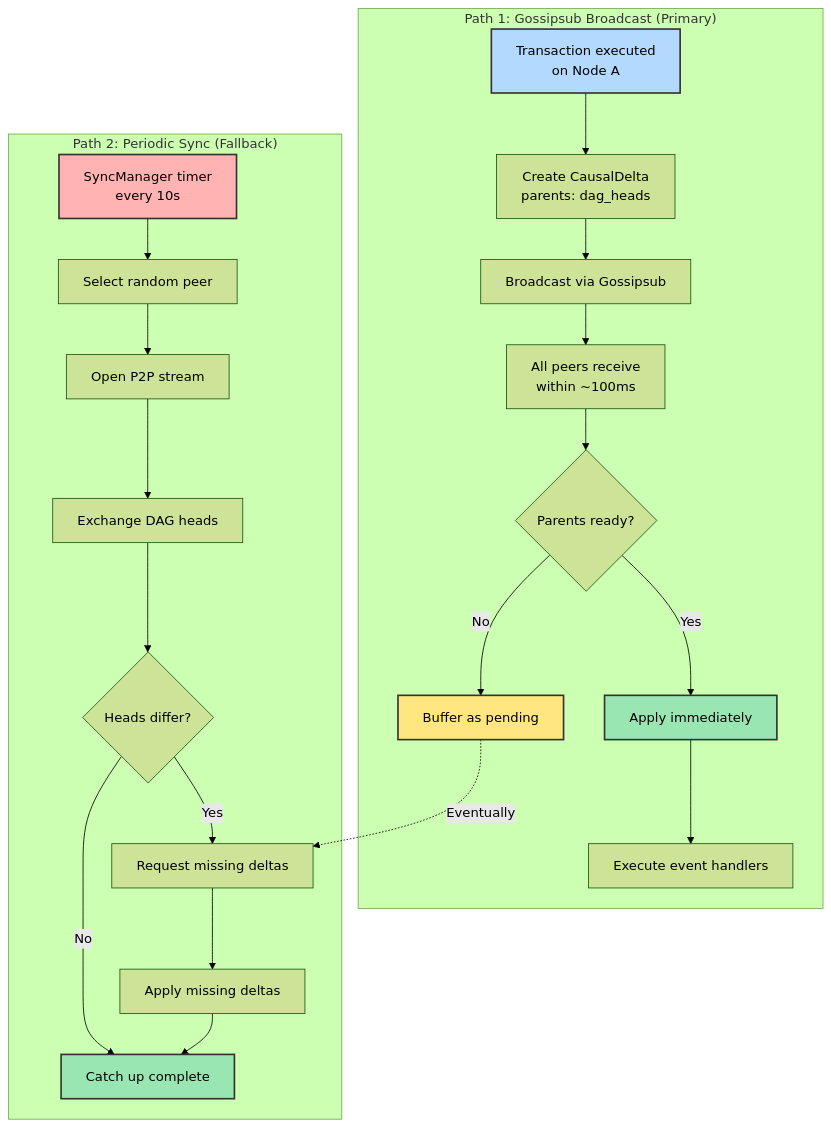
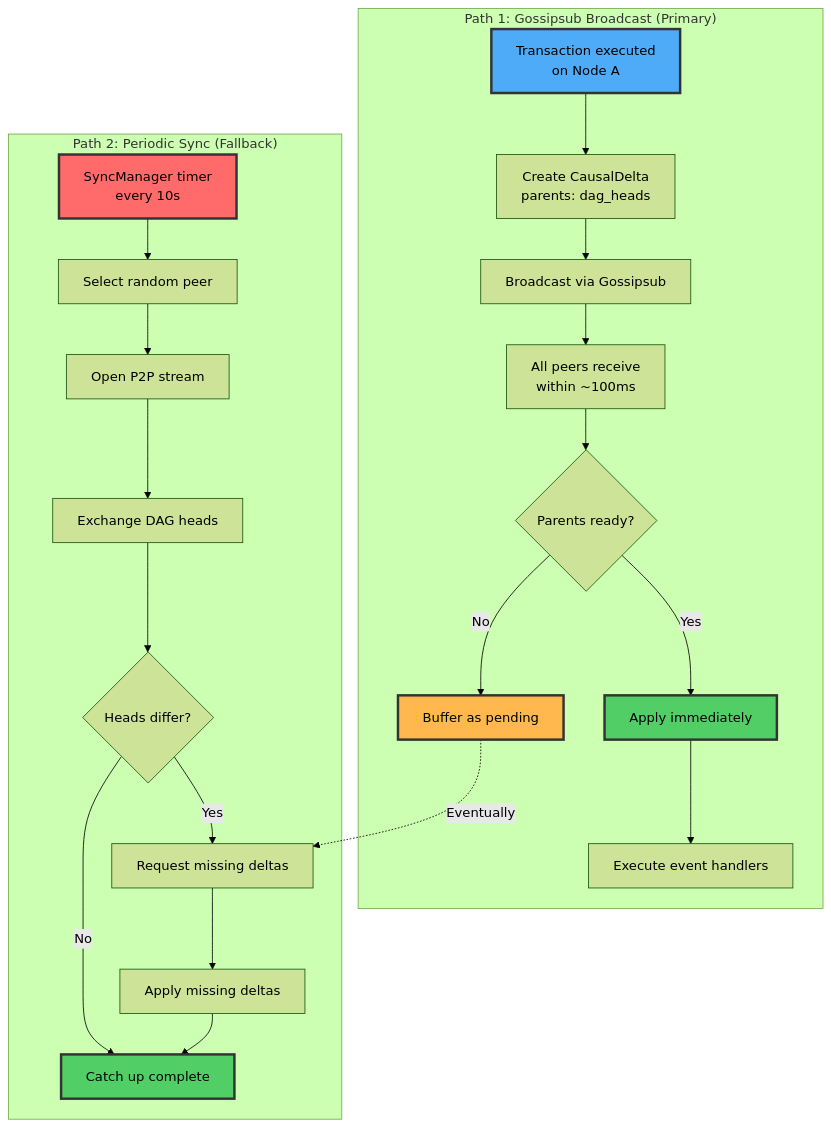
One commit to calimero-network/core changed the first of 5 diagrams in crates/node/README.md. Above: the diagram before and after it, drawn with Mermaid (forest theme). The commit also changed other lines of this file and 3 other files, not shown here.

First line of the commit message:
docs: improve mermaid diagram accessibility with high-contrast colors

````diff
--- a/crates/node/README.md
+++ b/crates/node/README.md
@@ -49,40 +49,40 @@
 ```mermaid
 flowchart TB
     subgraph "Path 1: Gossipsub Broadcast (Primary)"
         G1[Transaction executed<br/>on Node A]
         G2[Create CausalDelta<br/>parents: dag_heads]
         G3[Broadcast via Gossipsub]
         G4[All peers receive<br/>within ~100ms]
         G5{Parents ready?}
         G6A[Apply immediately]
         G6B[Buffer as pending]
         G7[Execute event handlers]
         
         G1 --> G2 --> G3 --> G4 --> G5
         G5 -->|Yes| G6A --> G7
         G5 -->|No| G6B
     end
     
     subgraph "Path 2: Periodic Sync (Fallback)"
         P1[SyncManager timer<br/>every 10s]
         P2[Select random peer]
         P3[Open P2P stream]
         P4[Exchange DAG heads]
         P5{Heads differ?}
         P6[Request missing deltas]
         P7[Apply missing deltas]
         P8[Catch up complete]
         
         P1 --> P2 --> P3 --> P4 --> P5
         P5 -->|Yes| P6 --> P7 --> P8
         P5 -->|No| P8
     end
     
     G6B -.->|Eventually| P6
     
-    style G1 fill:#b3d9ff,stroke:#333,stroke-width:2px,color:#000
-    style G6A fill:#99e6b3,stroke:#333,stroke-width:2px,color:#000
-    style G6B fill:#ffe680,stroke:#333,stroke-width:2px,color:#000
-    style P1 fill:#ffb3b3,stroke:#333,stroke-width:2px,color:#000
-    style P8 fill:#99e6b3,stroke:#333,stroke-width:2px,color:#000
+    style G1 fill:#4DABF7,stroke:#333,stroke-width:3px,color:#000
+    style G6A fill:#51CF66,stroke:#333,stroke-width:3px,color:#000
+    style G6B fill:#FFB84D,stroke:#333,stroke-width:3px,color:#000
+    style P1 fill:#FF6B6B,stroke:#333,stroke-width:3px,color:#000
+    style P8 fill:#51CF66,stroke:#333,stroke-width:3px,color:#000
 ```
````
